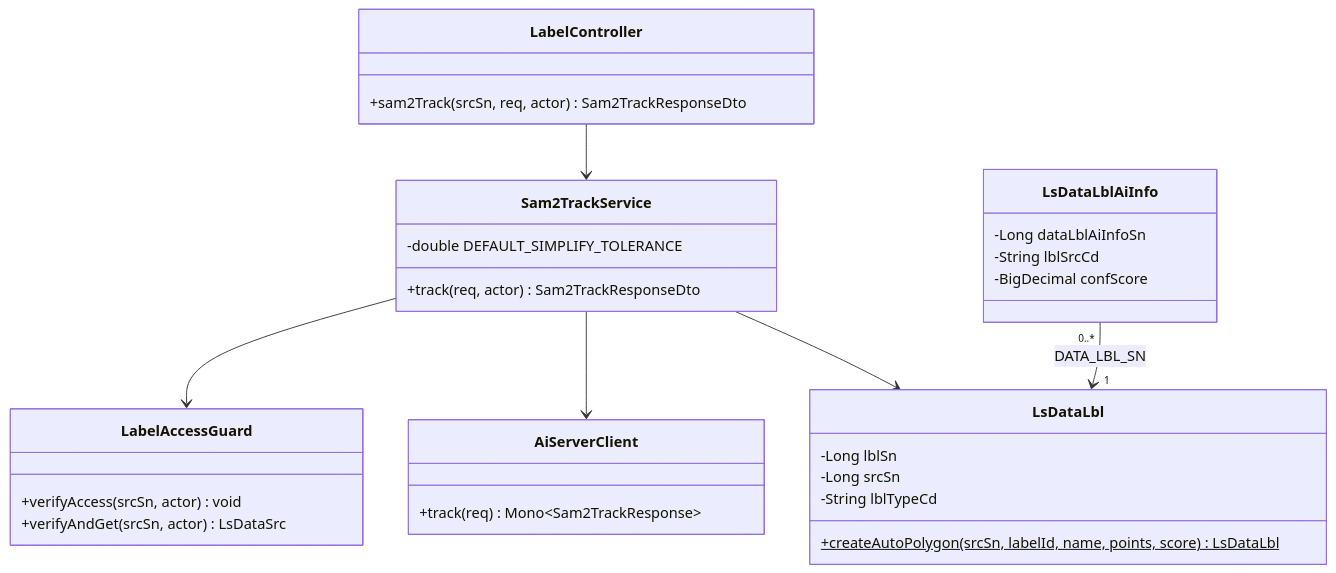
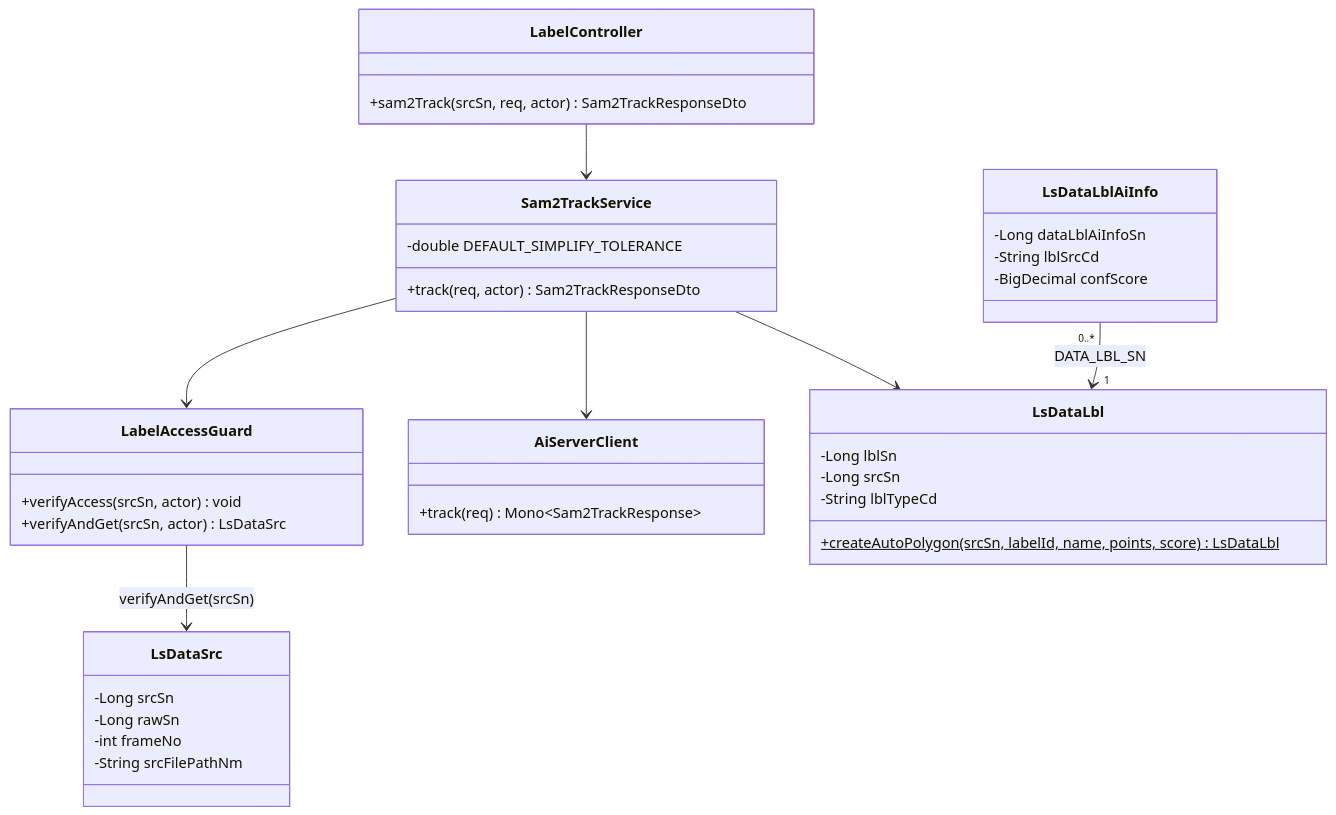
One commit to New-stella/klid-label changed diagram 17 of 26 in docs/design/D1-클래스설계서.md. Above: the diagram before and after it, drawn with Mermaid. The commit also changed other lines of this file and 1 other file, not shown here.

First line of the commit message:
docs(design): LsDataSrc 설계 클래스 등재(DC-047) + D8 매핑 연결

````diff
--- a/docs/design/D1-클래스설계서.md
+++ b/docs/design/D1-클래스설계서.md
@@ -868,34 +871,41 @@
 ```mermaid
 classDiagram
     class LabelController {
         +sam2Track(srcSn, req, actor) Sam2TrackResponseDto
     }
     class Sam2TrackService {
         -double DEFAULT_SIMPLIFY_TOLERANCE
         +track(req, actor) Sam2TrackResponseDto
     }
     class LabelAccessGuard {
         +verifyAccess(srcSn, actor) void
         +verifyAndGet(srcSn, actor) LsDataSrc
     }
     class AiServerClient {
         +track(req) Mono~Sam2TrackResponse~
     }
     class LsDataLbl {
         -Long lblSn
         -Long srcSn
         -String lblTypeCd
         +createAutoPolygon(srcSn, labelId, name, points, score)$ LsDataLbl
     }
     class LsDataLblAiInfo {
         -Long dataLblAiInfoSn
         -String lblSrcCd
         -BigDecimal confScore
     }
+    class LsDataSrc {
+        -Long srcSn
+        -Long rawSn
+        -int frameNo
+        -String srcFilePathNm
+    }
 
     LabelController --> Sam2TrackService
     Sam2TrackService --> LabelAccessGuard
     Sam2TrackService --> AiServerClient
     Sam2TrackService --> LsDataLbl
     LsDataLblAiInfo "0..*" --> "1" LsDataLbl : DATA_LBL_SN
+    LabelAccessGuard --> LsDataSrc : verifyAndGet(srcSn)
 ```
````
